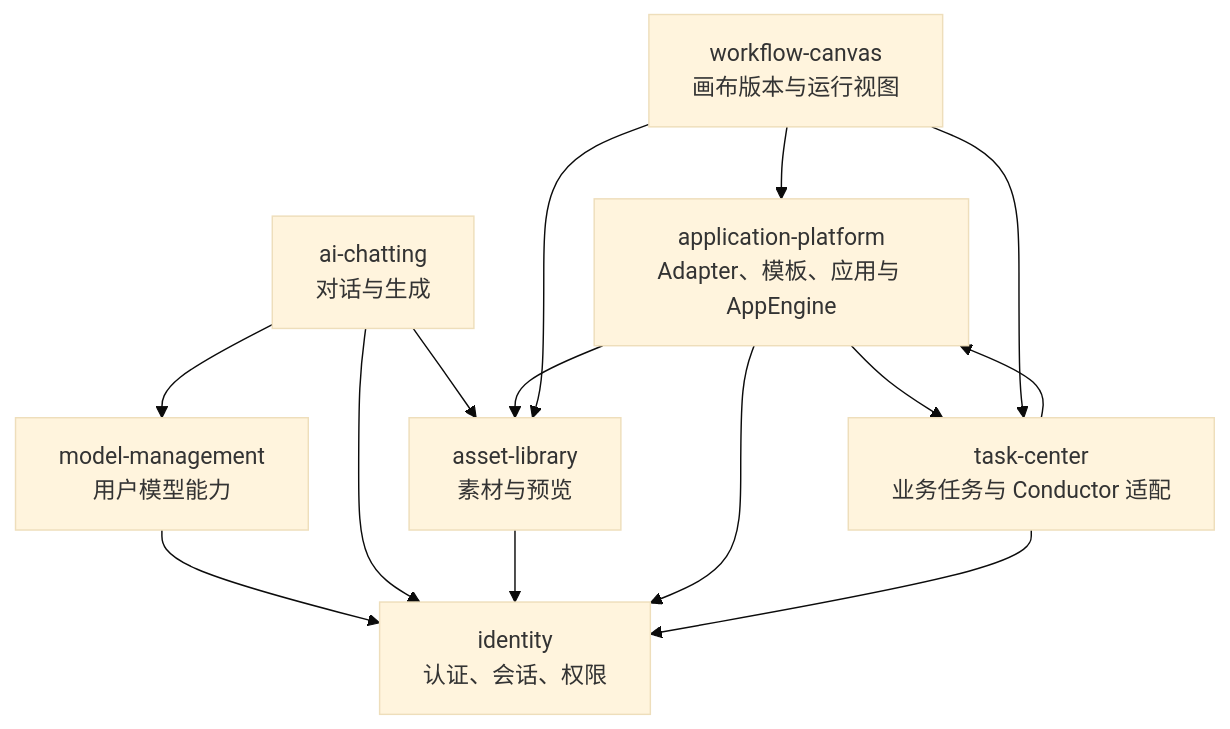
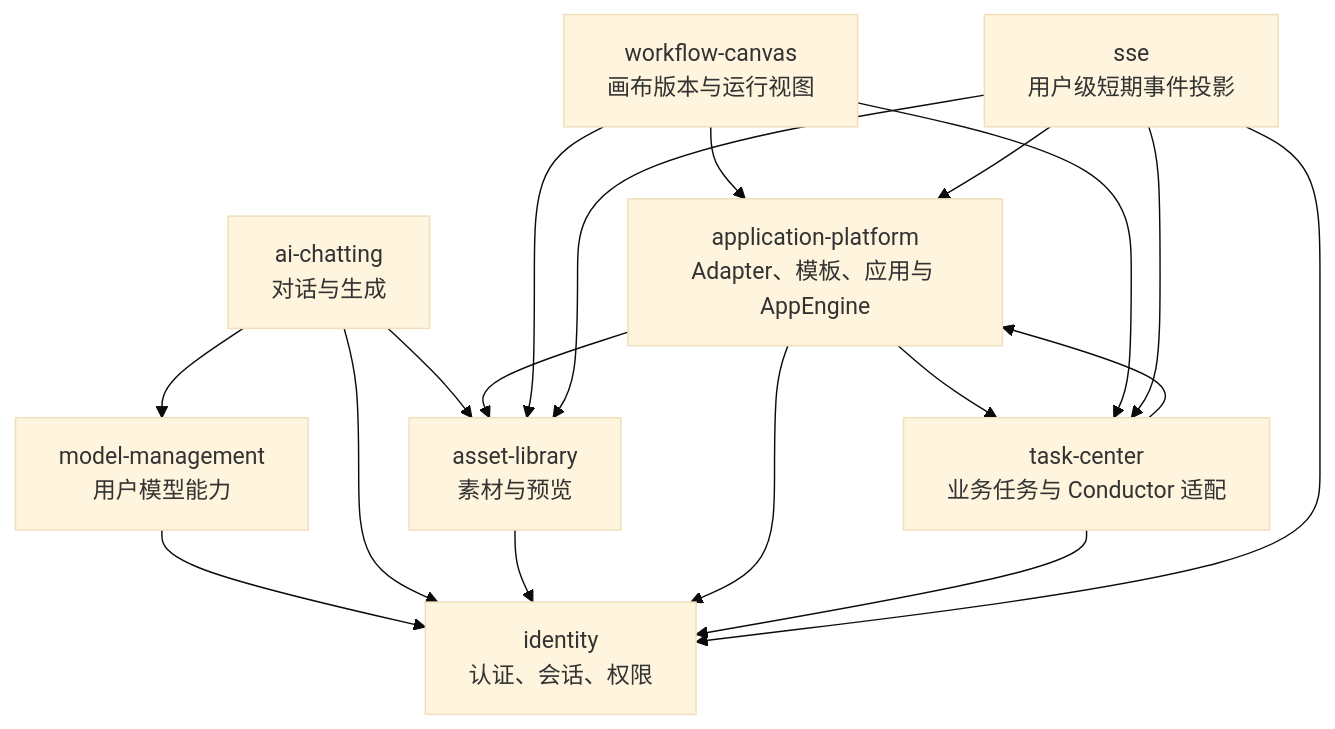
Before and after one commit to wangweihong/omnimam-spec: the first of 3 diagrams in 02_architecture/global-architecture.md, drawn with Mermaid (base theme). The commit also changed other lines of this file and 24 other files, not shown here.

````diff
--- a/02_architecture/global-architecture.md
+++ b/02_architecture/global-architecture.md
@@ -25,25 +26,30 @@
 ```mermaid
 graph TD
   Identity["identity<br/>认证、会话、权限"]
   Model["model-management<br/>用户模型能力"]
   Chat["ai-chatting<br/>对话与生成"]
   Asset["asset-library<br/>素材与预览"]
   App["application-platform<br/>Adapter、模板、应用与 AppEngine"]
   Task["task-center<br/>业务任务与 Conductor 适配"]
   Canvas["workflow-canvas<br/>画布版本与运行视图"]
+  SSE["sse<br/>用户级短期事件投影"]
 
   Chat --> Model
   Chat --> Asset
   App --> Task
   App --> Asset
   Task --> App
   Canvas --> Task
   Canvas --> App
   Canvas --> Asset
+  SSE --> Task
+  SSE --> App
+  SSE --> Asset
 
   Model --> Identity
   Chat --> Identity
   Asset --> Identity
   App --> Identity
   Task --> Identity
+  SSE --> Identity
 ```
````
